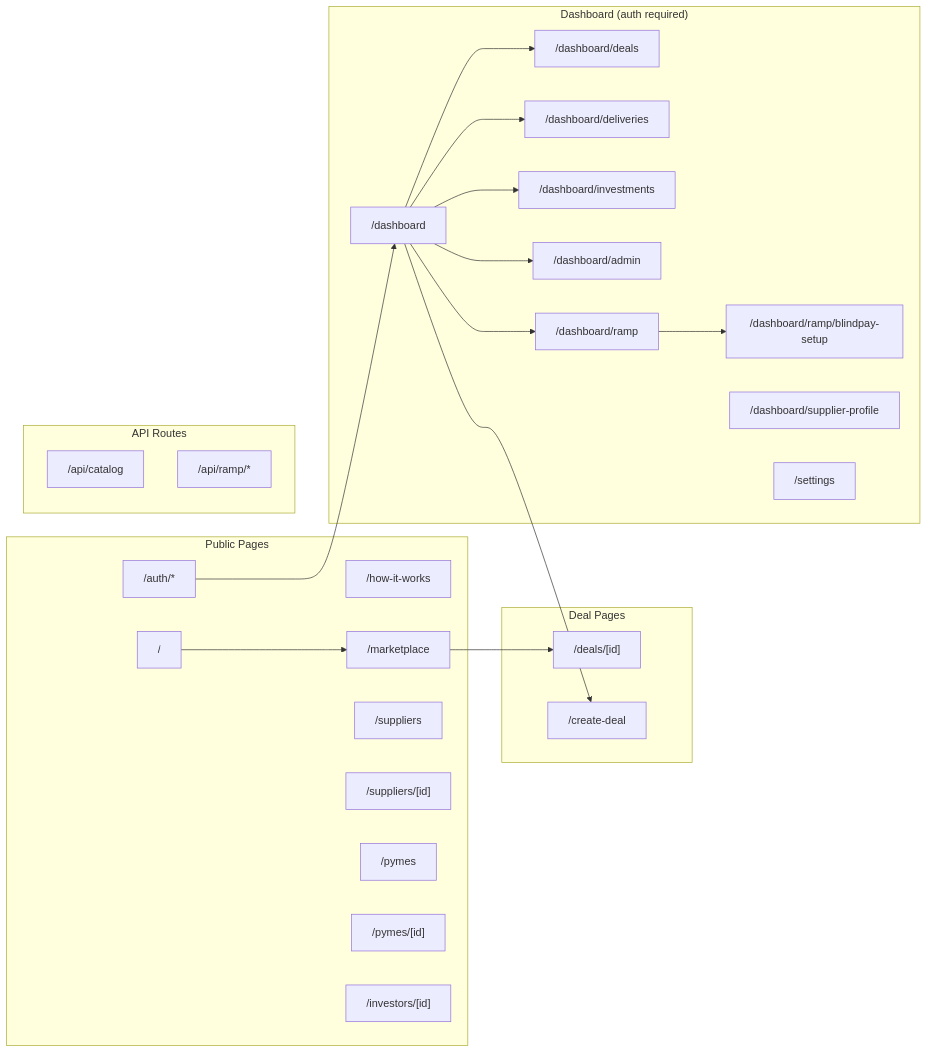
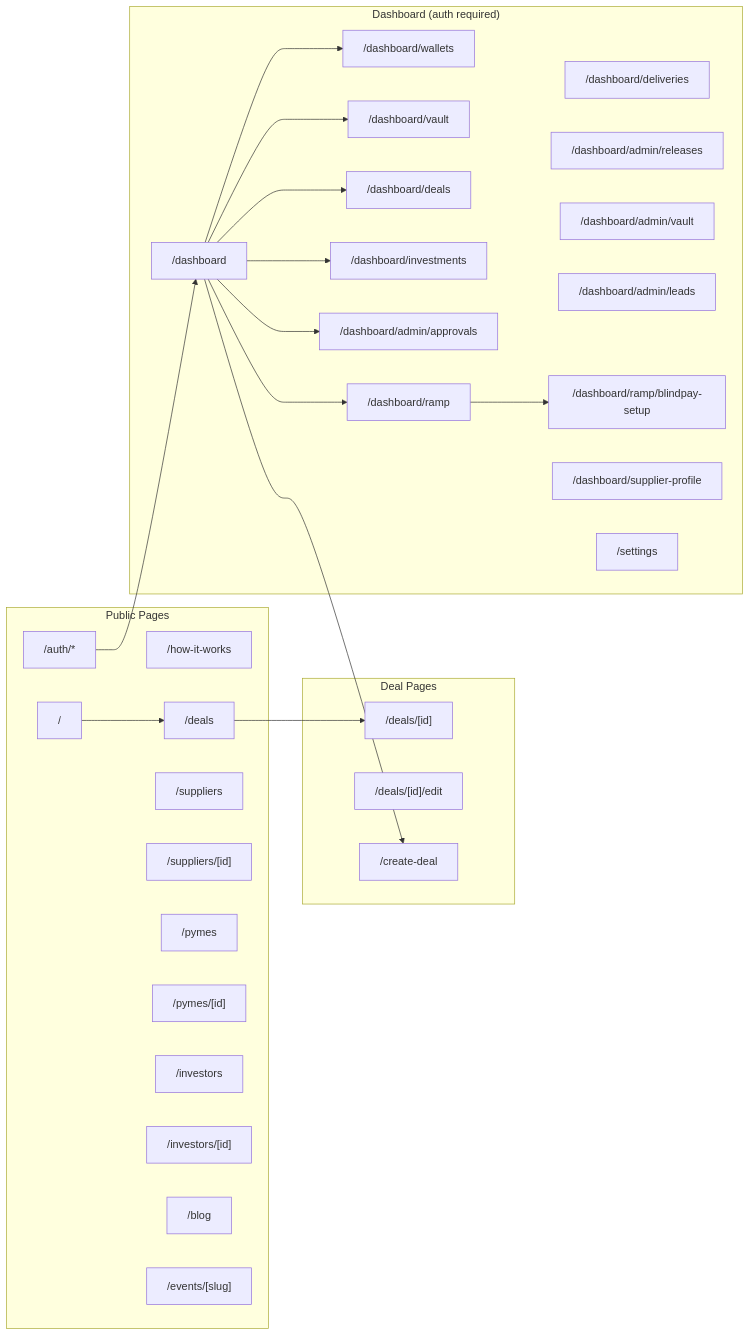
The third of 14 diagrams in doc/architecture.md (mercato-supply-chain/mercato-dapp), drawn with Mermaid before and after one commit. The commit also changed other lines of this file and 6 other files, not shown here.

First line of the commit message:
docs: add AGENTS.md and align docs with current app flow

````diff
--- a/doc/architecture.md
+++ b/doc/architecture.md
@@ -122,47 +128,52 @@
 ```mermaid
 flowchart LR
   subgraph Public["Public Pages"]
     Landing["/"]
     How["/how-it-works"]
-    Market["/marketplace"]
+    Deals["/deals"]
     Auth["/auth/*"]
     SupplierDir["/suppliers"]
     SupplierDetail["/suppliers/[id]"]
     PymeDir["/pymes"]
     PymeDetail["/pymes/[id]"]
+    InvestorDir["/investors"]
     InvestorDetail["/investors/[id]"]
+    Blog["/blog"]
+    Events["/events/[slug]"]
   end
 
-  subgraph Deals["Deal Pages"]
+  subgraph DealPages["Deal Pages"]
     DealDetail["/deals/[id]"]
+    DealEdit["/deals/[id]/edit"]
     CreateDeal["/create-deal"]
   end
 
   subgraph Dashboard["Dashboard (auth required)"]
     Dash["/dashboard"]
+    Wallets["/dashboard/wallets"]
+    Vault["/dashboard/vault"]
     DashDeals["/dashboard/deals"]
     DashDeliveries["/dashboard/deliveries"]
     DashInvestments["/dashboard/investments"]
-    DashAdmin["/dashboard/admin"]
+    DashAdminApprovals["/dashboard/admin/approvals"]
+    DashAdminReleases["/dashboard/admin/releases"]
+    DashAdminVault["/dashboard/admin/vault"]
+    DashAdminLeads["/dashboard/admin/leads"]
     Ramp["/dashboard/ramp"]
     BlindPaySetup["/dashboard/ramp/blindpay-setup"]
     SupplierProfile["/dashboard/supplier-profile"]
     Settings["/settings"]
   end
 
-  subgraph API["API Routes"]
-    CatalogAPI["/api/catalog"]
-    RampAPIs["/api/ramp/*"]
-  end
-
-  Landing --> Market
-  Market --> DealDetail
+  Landing --> Deals
+  Deals --> DealDetail
   Auth --> Dash
+  Dash --> Wallets
+  Dash --> Vault
   Dash --> DashDeals
-  Dash --> DashDeliveries
   Dash --> DashInvestments
-  Dash --> DashAdmin
+  Dash --> DashAdminApprovals
   Dash --> Ramp
   Dash --> CreateDeal
   Ramp --> BlindPaySetup
 ```
````
